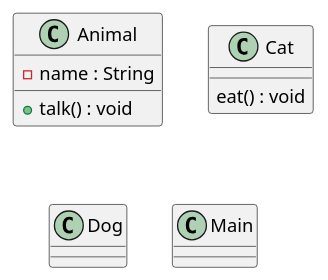
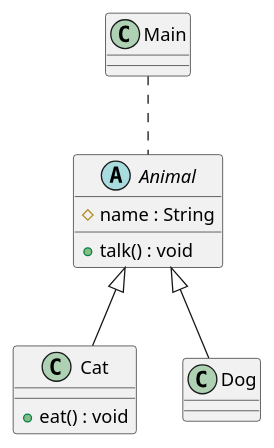
Before and after one commit to masmangan/fazendinha: the diagram in farm.puml, drawn with PlantUML.

```diff
--- a/farm.puml
+++ b/farm.puml
@@ -1,18 +1,21 @@
 @startuml
-
-class Animal {
-- name : String
+abstract Animal {
+# name : String
 
 + talk() : void
 }
 
 class Cat {
 
-eat() : void
++ eat() : void
 }
 
 class Dog
 
 class Main
 
+Animal <|-- Cat
+Animal <|-- Dog
+
+Main .. Animal
 @enduml
```
